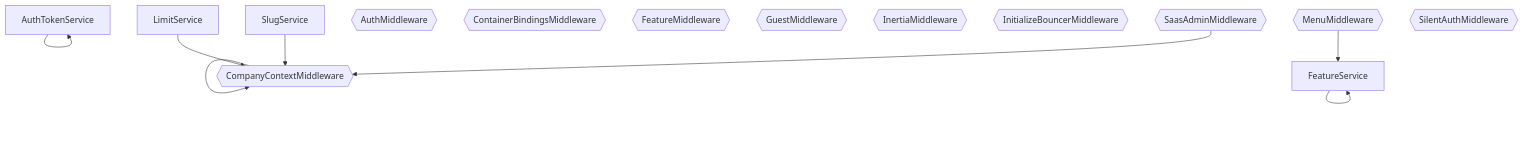
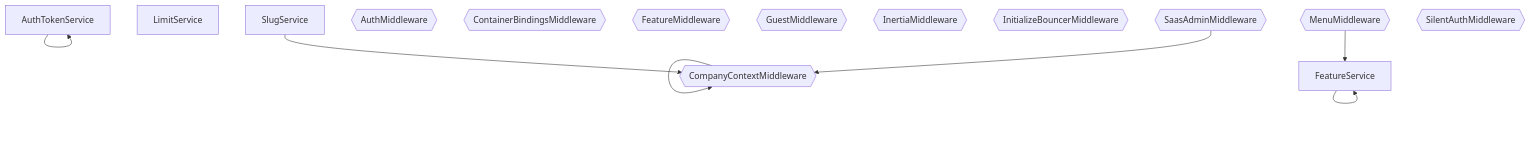
One commit to JefteCosta/saas-admin changed the diagram in docs/graph/services.generated.md. Above: the diagram before and after it, drawn with Mermaid. The commit also changed other lines of this file and 6 other files, not shown here.

Commit message:
chore: atualizar docs/graph e knowledge-base gerados

````diff
--- a/docs/graph/services.generated.md
+++ b/docs/graph/services.generated.md
@@ -7,24 +7,23 @@
 ```mermaid
 flowchart TB
   AuthTokenService[AuthTokenService]
   FeatureService[FeatureService]
   LimitService[LimitService]
   SlugService[SlugService]
   AuthMiddleware{{AuthMiddleware}}
   CompanyContextMiddleware{{CompanyContextMiddleware}}
   ContainerBindingsMiddleware{{ContainerBindingsMiddleware}}
   FeatureMiddleware{{FeatureMiddleware}}
   GuestMiddleware{{GuestMiddleware}}
   InertiaMiddleware{{InertiaMiddleware}}
   InitializeBouncerMiddleware{{InitializeBouncerMiddleware}}
   MenuMiddleware{{MenuMiddleware}}
   SaasAdminMiddleware{{SaasAdminMiddleware}}
   SilentAuthMiddleware{{SilentAuthMiddleware}}
   AuthTokenService --> AuthTokenService
   FeatureService --> FeatureService
-  LimitService --> CompanyContextMiddleware
   SlugService --> CompanyContextMiddleware
   CompanyContextMiddleware --> CompanyContextMiddleware
   MenuMiddleware --> FeatureService
   SaasAdminMiddleware --> CompanyContextMiddleware
 ```
````
